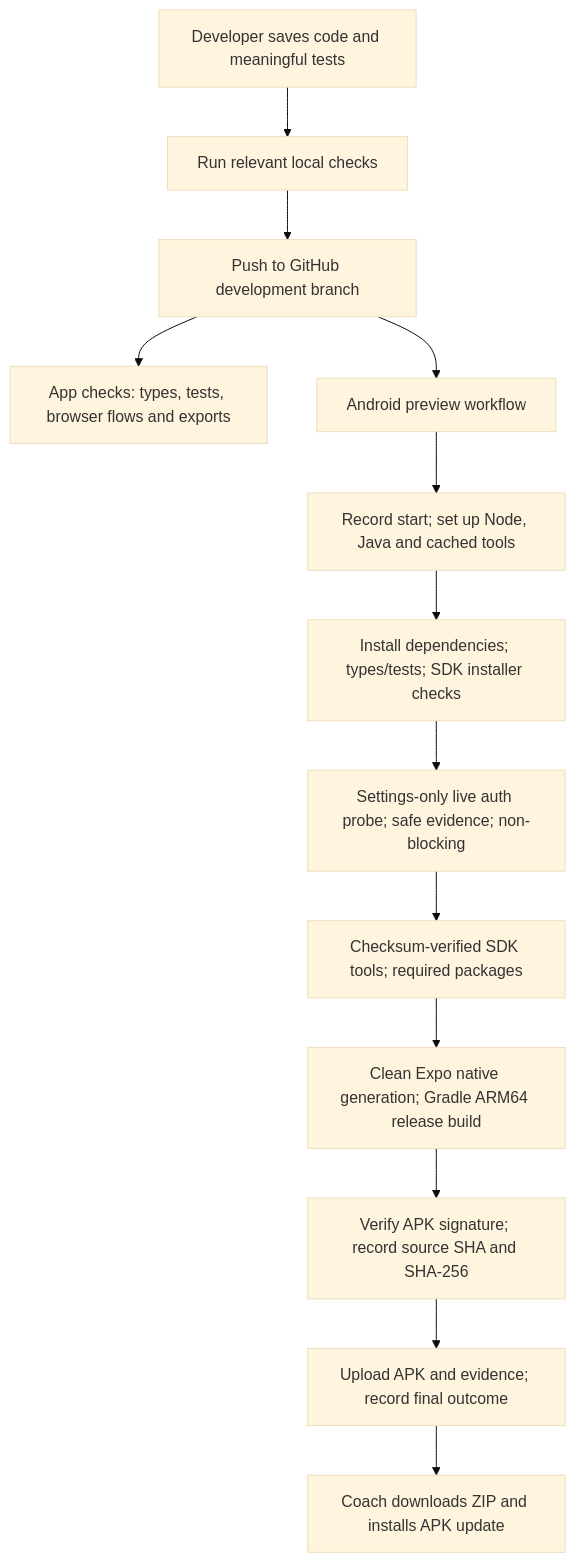
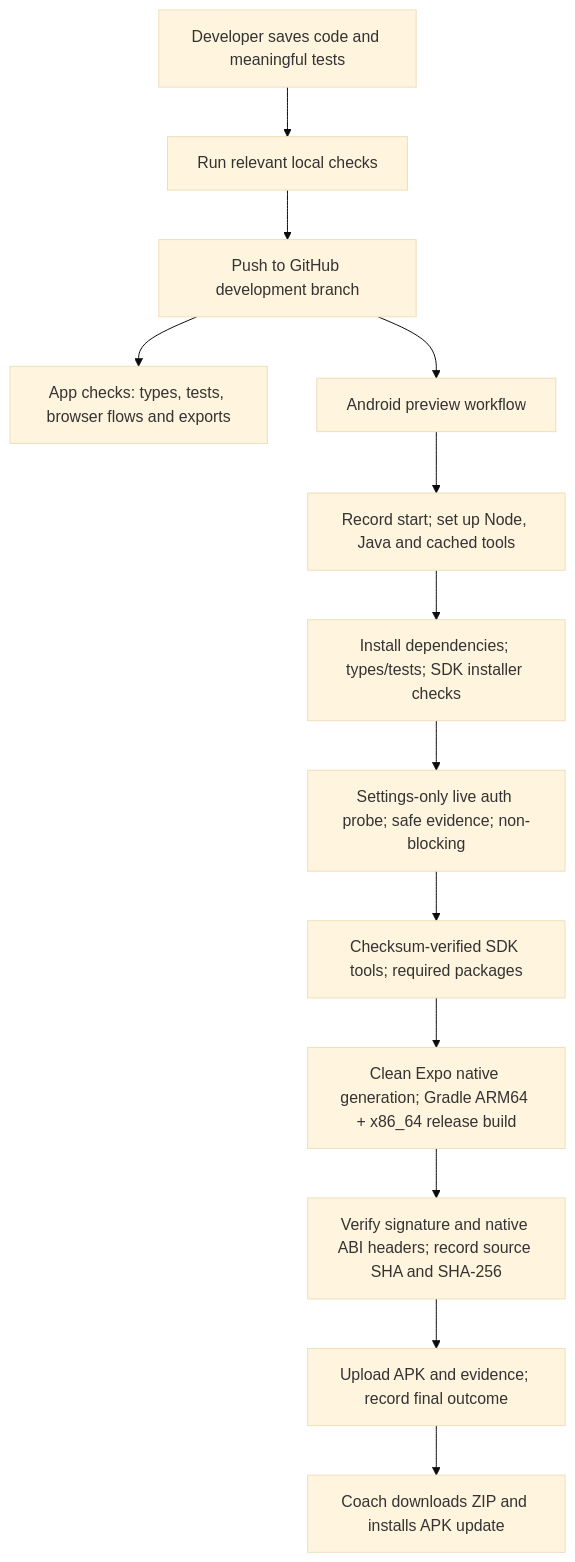
One commit to appsworld2027/Parent-plus- changed the eighth of 8 diagrams in docs/ARCHITECTURE.md. Above: the diagram before and after it, drawn with Mermaid (base theme). The commit also changed 6 other files, not shown here.

Commit message:
Record verified phone and Intel emulator APK with Windows setup link

````diff
--- a/docs/ARCHITECTURE.md
+++ b/docs/ARCHITECTURE.md
@@ -225,15 +225,15 @@
 ```mermaid
 flowchart TD
     Code["Developer saves code and meaningful tests"] --> Local["Run relevant local checks"]
     Local --> Git["Push to GitHub development branch"]
     Git --> CI["App checks: types, tests, browser flows and exports"]
     Git --> Build["Android preview workflow"]
     Build --> Start["Record start; set up Node, Java and cached tools"]
     Start --> Checks["Install dependencies; types/tests; SDK installer checks"]
     Checks --> Probe["Settings-only live auth probe; safe evidence; non-blocking"]
     Probe --> SDK["Checksum-verified SDK tools; required packages"]
-    SDK --> Native["Clean Expo native generation; Gradle ARM64 release build"]
-    Native --> Verify["Verify APK signature; record source SHA and SHA-256"]
+    SDK --> Native["Clean Expo native generation; Gradle ARM64 + x86_64 release build"]
+    Native --> Verify["Verify signature and native ABI headers; record source SHA and SHA-256"]
     Verify --> Artifact["Upload APK and evidence; record final outcome"]
     Artifact --> Install["Coach downloads ZIP and installs APK update"]
 ```
````
